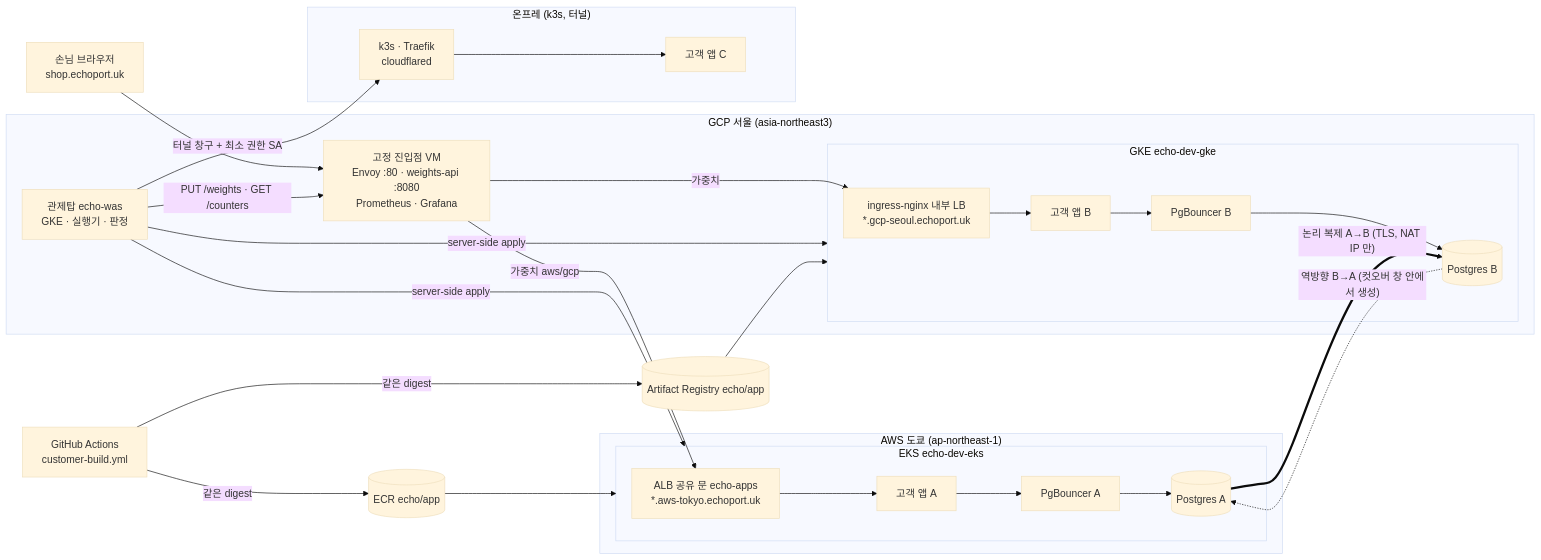
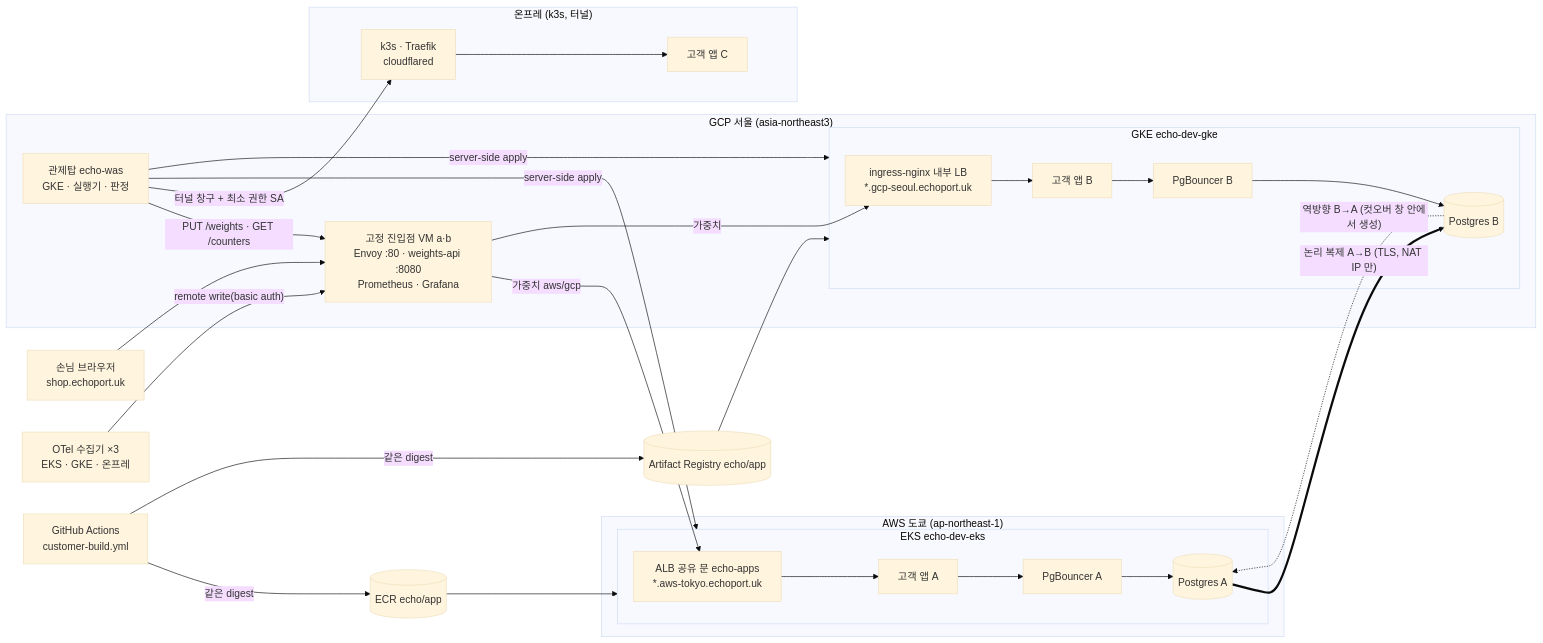
The diagram in docs/design-infra.md (Softbank-Hackathon-2026-Team-Echo/echo-infra), drawn with Mermaid (base theme) before and after one commit. The commit also changed other lines of this file, not shown here.

First line of the commit message:
docs: 설계 문서 인프라 절 11/6 갱신 — 보조 진입점·OTel 세 환경·보안(커널·컷오버 신원)·한계 표

````diff
--- a/docs/design-infra.md
+++ b/docs/design-infra.md
@@ -7,43 +7,44 @@
 ```mermaid
 flowchart LR
   U[손님 브라우저<br/>shop.echoport.uk] --> E
 
   subgraph GCP서울["GCP 서울 (asia-northeast3)"]
-    E[고정 진입점 VM<br/>Envoy :80 · weights-api :8080<br/>Prometheus · Grafana]
+    E[고정 진입점 VM a·b<br/>Envoy :80 · weights-api :8080<br/>Prometheus · Grafana]
     W[관제탑 echo-was<br/>GKE · 실행기 · 판정]
     subgraph GKE[GKE echo-dev-gke]
       N[ingress-nginx 내부 LB<br/>*.gcp-seoul.echoport.uk]
       AG[고객 앱 B]
       PB[PgBouncer B] --> DBB[(Postgres B)]
     end
   end
 
   subgraph AWS도쿄["AWS 도쿄 (ap-northeast-1)"]
     subgraph EKS[EKS echo-dev-eks]
       ALB[ALB 공유 문 echo-apps<br/>*.aws-tokyo.echoport.uk]
       AA[고객 앱 A]
       PA[PgBouncer A] --> DBA[(Postgres A)]
     end
   end
 
   subgraph ONP["온프레 (k3s, 터널)"]
     K3[k3s · Traefik<br/>cloudflared]
     AO[고객 앱 C]
   end
 
   E -- "가중치 aws/gcp" --> ALB
   E -- "가중치" --> N
   ALB --> AA --> PA
   N --> AG --> PB
   K3 --> AO
   DBA == "논리 복제 A→B (TLS, NAT IP 만)" ==> DBB
   DBB -. "역방향 B→A (컷오버 창 안에서 생성)" .-> DBA
   W -- "PUT /weights · GET /counters" --> E
   W -- "server-side apply" --> EKS
   W -- "server-side apply" --> GKE
   W -- "터널 창구 + 최소 권한 SA" --> K3
+  OT[OTel 수집기 ×3<br/>EKS · GKE · 온프레] -- "remote write(basic auth)" --> E
   GH[GitHub Actions<br/>customer-build.yml] -- "같은 digest" --> ECR[(ECR echo/app)]
   GH -- "같은 digest" --> AR[(Artifact Registry echo/app)]
   ECR --> EKS
   AR --> GKE
 ```
````
